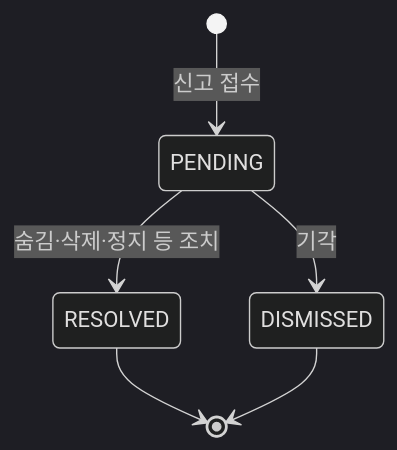
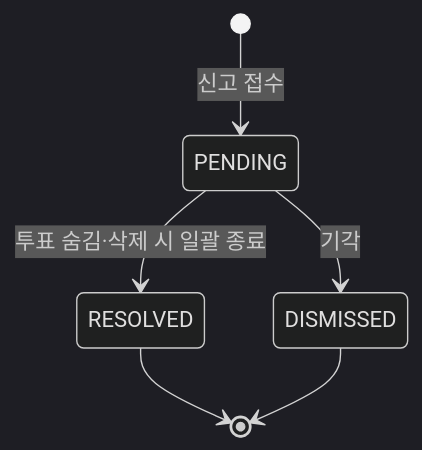
Before and after one commit to kwakseobang/AuDDum: the fourth of 4 diagrams in docs/도메인-모델.md, drawn with Mermaid (dark theme). The commit also changed other lines of this file and 49 other files, not shown here.

````diff
--- a/docs/도메인-모델.md
+++ b/docs/도메인-모델.md
@@ -535,8 +534,8 @@
 ```mermaid
 stateDiagram-v2
     [*] --> PENDING : 신고 접수
-    PENDING --> RESOLVED : 숨김·삭제·정지 등 조치
+    PENDING --> RESOLVED : 투표 숨김·삭제 시 일괄 종료
     PENDING --> DISMISSED : 기각
     RESOLVED --> [*]
     DISMISSED --> [*]
 ```
````
